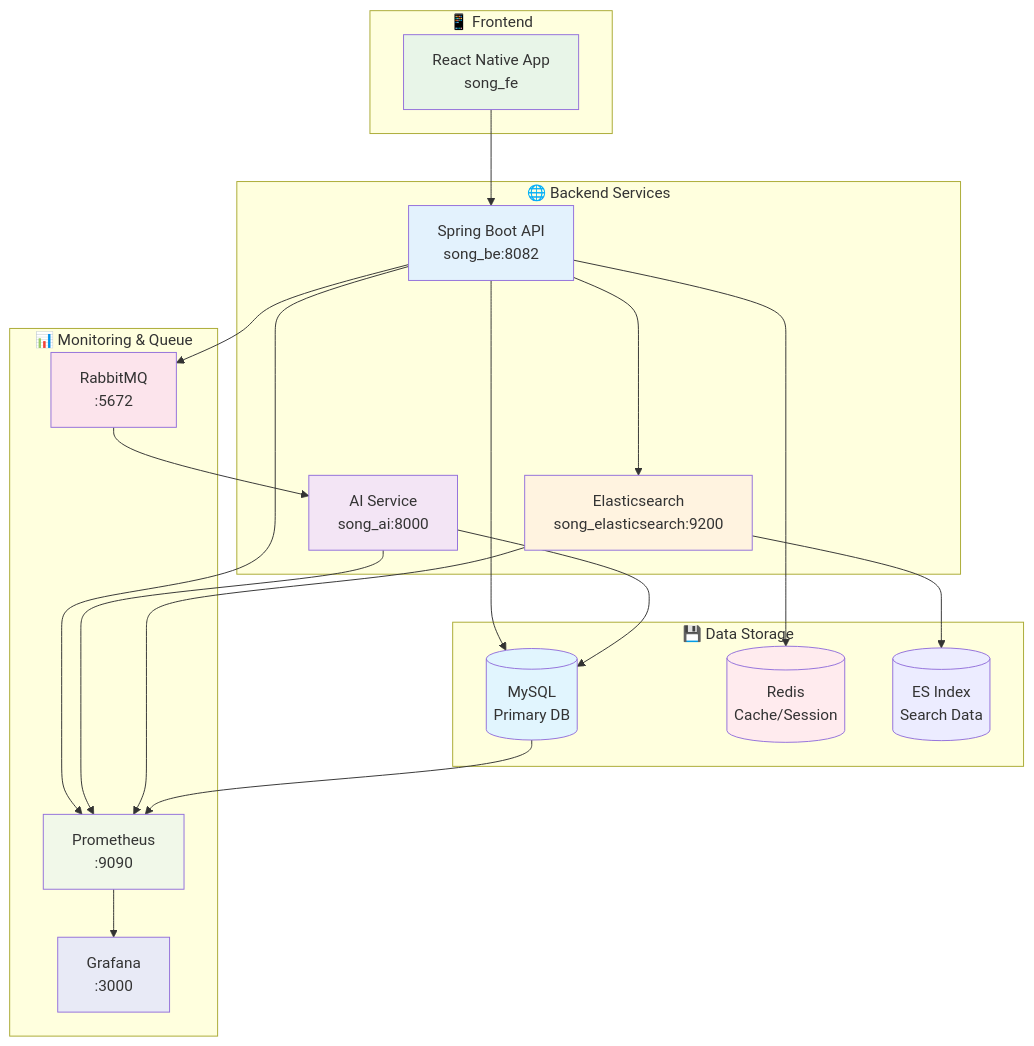
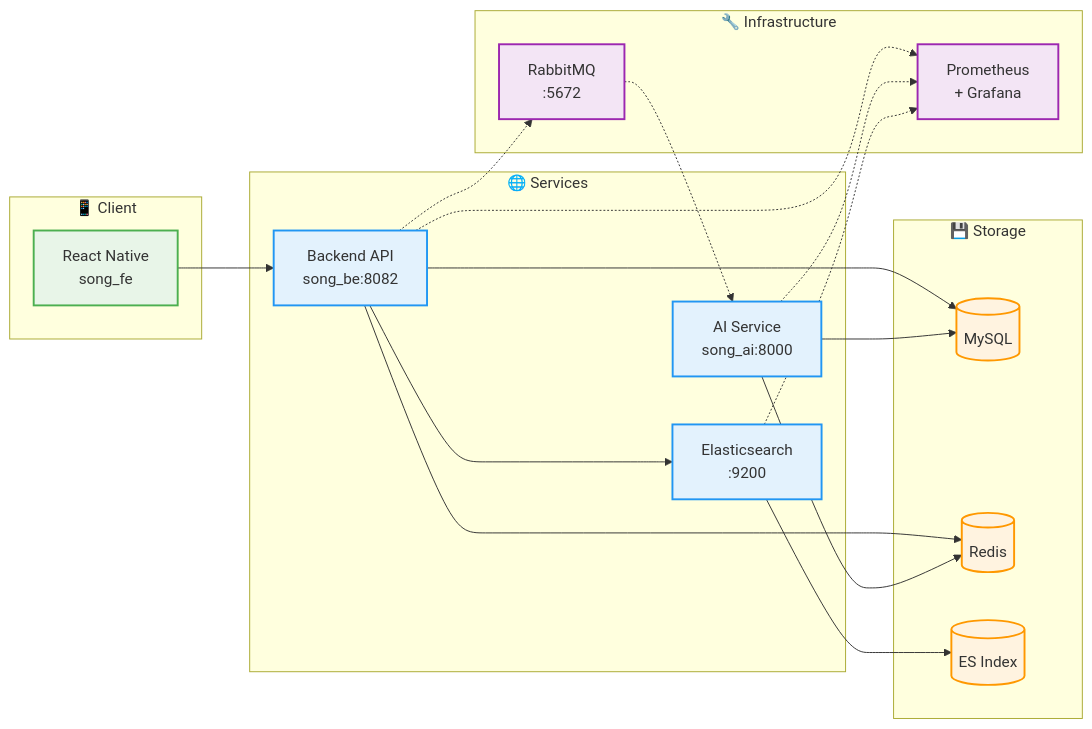
The first of 3 diagrams in README.md (Zara8170/songs_be), drawn with Mermaid before and after one commit.

Commit message:
readme 수정

````diff
--- a/README.md
+++ b/README.md
@@ -100,57 +100,52 @@
 ```mermaid
-graph TB
-    subgraph "📱 Frontend"
-        FE[React Native App<br/>song_fe]
+graph LR
+    subgraph "📱 Client"
+        FE[React Native<br/>song_fe]
     end
 
-    subgraph "🌐 Backend Services"
-        BE[Spring Boot API<br/>song_be:8082]
+    subgraph "🌐 Services"
+        BE[Backend API<br/>song_be:8082]
         AI[AI Service<br/>song_ai:8000]
-        ES[Elasticsearch<br/>song_elasticsearch:9200]
+        ES[Elasticsearch<br/>:9200]
     end
 
-    subgraph "💾 Data Storage"
-        MySQL[(MySQL<br/>Primary DB)]
-        Redis[(Redis<br/>Cache/Session)]
-        ESIndex[(ES Index<br/>Search Data)]
+    subgraph "💾 Storage"
+        MySQL[(MySQL)]
+        Redis[(Redis)]
+        ESIdx[(ES Index)]
     end
 
-    subgraph "📊 Monitoring & Queue"
+    subgraph "🔧 Infrastructure"
         RMQ[RabbitMQ<br/>:5672]
-        PROM[Prometheus<br/>:9090]
-        GRAF[Grafana<br/>:3000]
+        MON[Prometheus<br/>+ Grafana]
     end
 
-    %% Client requests
+    %% Main flow
     FE --> BE
-
-    %% Backend data access
     BE --> MySQL
     BE --> Redis
     BE --> ES
+    ES --> ESIdx
 
-    %% AI service communication
-    BE --> RMQ
-    RMQ --> AI
+    %% AI communication
+    BE -.-> RMQ
+    RMQ -.-> AI
     AI --> MySQL
+    AI --> Redis
 
-    %% Search engine data flow
-    ES --> ESIndex
+    %% Monitoring
+    BE -.-> MON
+    AI -.-> MON
+    ES -.-> MON
 
-    %% Monitoring (all services)
-    BE --> PROM
-    AI --> PROM
-    ES --> PROM
-    MySQL --> PROM
-    PROM --> GRAF
+    %% Styling
+    classDef frontend fill:#e8f5e8,stroke:#4caf50,stroke-width:2px
+    classDef service fill:#e3f2fd,stroke:#2196f3,stroke-width:2px
+    classDef storage fill:#fff3e0,stroke:#ff9800,stroke-width:2px
+    classDef infra fill:#f3e5f5,stroke:#9c27b0,stroke-width:2px
 
-    style FE fill:#e8f5e8
-    style BE fill:#e3f2fd
-    style AI fill:#f3e5f5
-    style ES fill:#fff3e0
-    style MySQL fill:#e1f5fe
-    style Redis fill:#ffebee
-    style RMQ fill:#fce4ec
-    style PROM fill:#f1f8e9
-    style GRAF fill:#e8eaf6
+    class FE frontend
+    class BE,AI,ES service
+    class MySQL,Redis,ESIdx storage
+    class RMQ,MON infra
 ```
````
